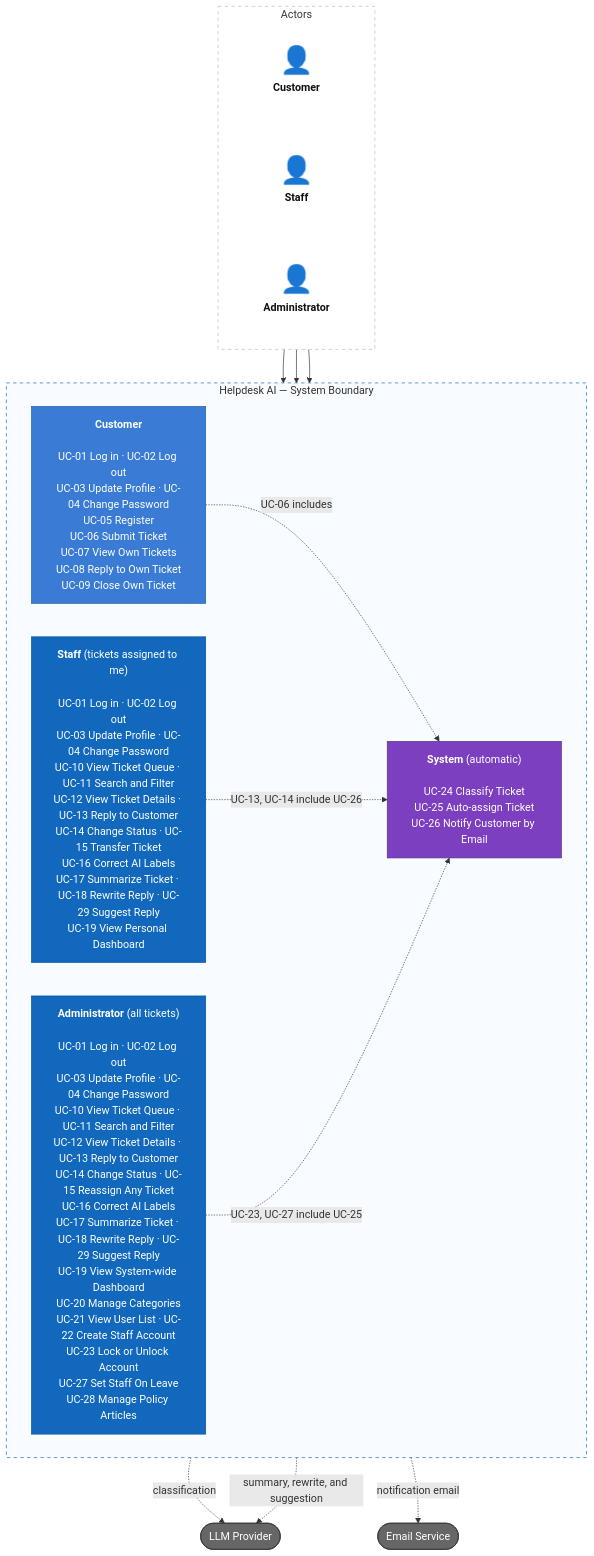
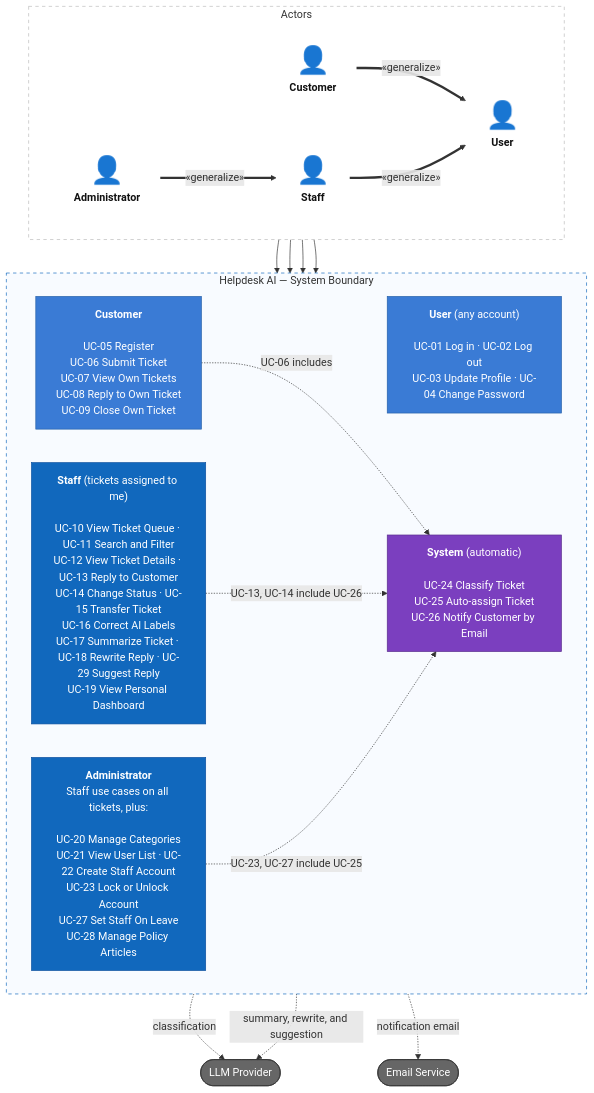
One commit to minhtuann1102/HelpdeskAI changed the first of 3 diagrams in README.md. Above: the diagram before and after it, drawn with Mermaid. The commit also changed other lines of this file and 4 other files, not shown here.

First line of the commit message:
docs(step-2): use actor generalization in the use case diagrams (D-39)

````diff
--- a/README.md
+++ b/README.md
@@ -47,43 +47,49 @@
 ```mermaid
 flowchart TB
     subgraph roles["Actors"]
         direction LR
+        user["<span style='font-size:40px'>👤</span><br/><b>User</b>"]
         customer["<span style='font-size:40px'>👤</span><br/><b>Customer</b>"]
         staff["<span style='font-size:40px'>👤</span><br/><b>Staff</b>"]
         admin["<span style='font-size:40px'>👤</span><br/><b>Administrator</b>"]
     end
 
     subgraph system["Helpdesk AI — System Boundary"]
         direction LR
-        customerCases["<b>Customer</b><br/><br/>UC-01 Log in · UC-02 Log out<br/>UC-03 Update Profile · UC-04 Change Password<br/>UC-05 Register<br/>UC-06 Submit Ticket<br/>UC-07 View Own Tickets<br/>UC-08 Reply to Own Ticket<br/>UC-09 Close Own Ticket"]
-        staffCases["<b>Staff</b> (tickets assigned to me)<br/><br/>UC-01 Log in · UC-02 Log out<br/>UC-03 Update Profile · UC-04 Change Password<br/>UC-10 View Ticket Queue · UC-11 Search and Filter<br/>UC-12 View Ticket Details · UC-13 Reply to Customer<br/>UC-14 Change Status · UC-15 Transfer Ticket<br/>UC-16 Correct AI Labels<br/>UC-17 Summarize Ticket · UC-18 Rewrite Reply · UC-29 Suggest Reply<br/>UC-19 View Personal Dashboard"]
-        adminCases["<b>Administrator</b> (all tickets)<br/><br/>UC-01 Log in · UC-02 Log out<br/>UC-03 Update Profile · UC-04 Change Password<br/>UC-10 View Ticket Queue · UC-11 Search and Filter<br/>UC-12 View Ticket Details · UC-13 Reply to Customer<br/>UC-14 Change Status · UC-15 Reassign Any Ticket<br/>UC-16 Correct AI Labels<br/>UC-17 Summarize Ticket · UC-18 Rewrite Reply · UC-29 Suggest Reply<br/>UC-19 View System-wide Dashboard<br/>UC-20 Manage Categories<br/>UC-21 View User List · UC-22 Create Staff Account<br/>UC-23 Lock or Unlock Account<br/>UC-27 Set Staff On Leave<br/>UC-28 Manage Policy Articles"]
+        userCases["<b>User</b> (any account)<br/><br/>UC-01 Log in · UC-02 Log out<br/>UC-03 Update Profile · UC-04 Change Password"]
+        customerCases["<b>Customer</b><br/><br/>UC-05 Register<br/>UC-06 Submit Ticket<br/>UC-07 View Own Tickets<br/>UC-08 Reply to Own Ticket<br/>UC-09 Close Own Ticket"]
+        staffCases["<b>Staff</b> (tickets assigned to me)<br/><br/>UC-10 View Ticket Queue · UC-11 Search and Filter<br/>UC-12 View Ticket Details · UC-13 Reply to Customer<br/>UC-14 Change Status · UC-15 Transfer Ticket<br/>UC-16 Correct AI Labels<br/>UC-17 Summarize Ticket · UC-18 Rewrite Reply · UC-29 Suggest Reply<br/>UC-19 View Personal Dashboard"]
+        adminCases["<b>Administrator</b><br/>Staff use cases on all tickets, plus:<br/><br/>UC-20 Manage Categories<br/>UC-21 View User List · UC-22 Create Staff Account<br/>UC-23 Lock or Unlock Account<br/>UC-27 Set Staff On Leave<br/>UC-28 Manage Policy Articles"]
         systemCases["<b>System</b> (automatic)<br/><br/>UC-24 Classify Ticket<br/>UC-25 Auto-assign Ticket<br/>UC-26 Notify Customer by Email"]
     end
 
     llm(["LLM Provider"])
     email(["Email Service"])
 
+    customer ==>|"«generalize»"| user
+    staff ==>|"«generalize»"| user
+    admin ==>|"«generalize»"| staff
+    user --> userCases
     customer --> customerCases
     staff --> staffCases
     admin --> adminCases
     customerCases -.->|"UC-06 includes"| systemCases
     staffCases -.->|"UC-13, UC-14 include UC-26"| systemCases
     adminCases -.->|"UC-23, UC-27 include UC-25"| systemCases
     systemCases -.->|"classification"| llm
     systemCases -.->|"notification email"| email
     staffCases -.->|"summary, rewrite, and suggestion"| llm
 
     classDef actor fill:none,stroke:none,color:#111
     classDef external fill:#666,color:#fff,stroke:#333
     classDef primary fill:#1168bd,color:#fff,stroke:#0b4f9e
     classDef standard fill:#3a7bd5,color:#fff,stroke:#245fa8
     classDef ai fill:#7b3fbf,color:#fff,stroke:#5a2d8c
-    class customer,staff,admin actor
+    class user,customer,staff,admin actor
     class llm,email external
     class adminCases,staffCases primary
-    class customerCases standard
+    class userCases,customerCases standard
     class systemCases ai
     style roles fill:#fff,stroke:#bbb,stroke-dasharray:5 5
     style system fill:#f8fbff,stroke:#1168bd,stroke-dasharray:5 5
 ```
````
